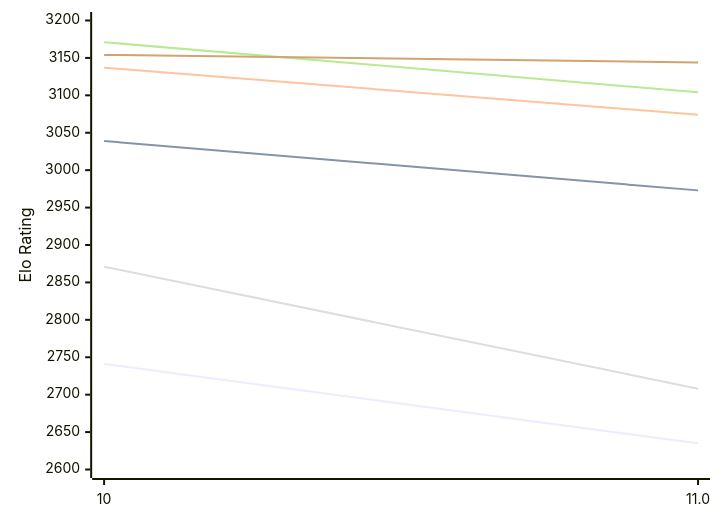
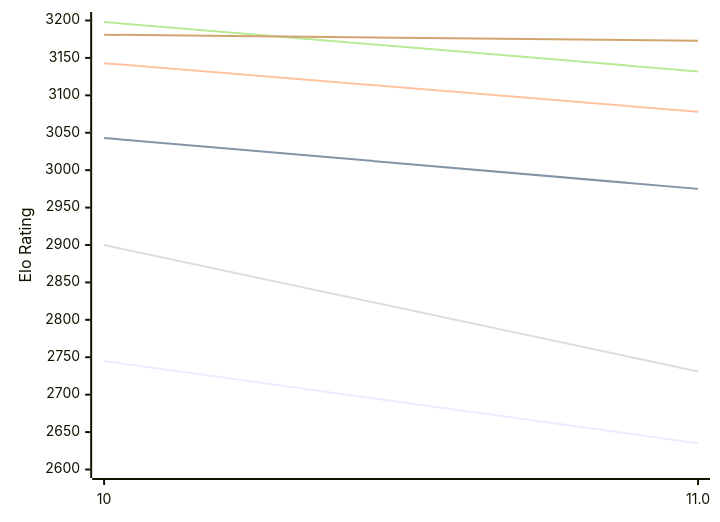
Before and after one commit to computer-chess-index/cci: the first of 2 diagrams in engines/Lozza.md, drawn with Mermaid. The commit also changed other lines of this file, not shown here.

Commit message:
Update CCI Ratings (ELO VLTC) - 2026-10-21

````diff
--- a/engines/Lozza.md
+++ b/engines/Lozza.md
@@ -51,12 +51,12 @@
 ```mermaid
 %%{init: {"theme":"base","themeVariables":{"seriesColors:['#a3a3a3','#222221','#faa371']}}}%%
 xychart-beta
   x-axis ["10", "11.0"]
   y-axis "Elo Rating" 2600 --> 3200
-  line "E1: STC (8.0+0.08s)" [2741, 2635]
-  line "E1: LTC (60.0+0.60s)" [3039, 2973]
-  line "E1: VLTC (2m24s+1.12s)" [3137, 3074]
-  line "P1: STC (8.0+0.08s)" [2871, 2708]
-  line "P1: LTC (60.0+0.60s)" [3171, 3104]
-  line "P1: VLTC (2m24s+1.12s)" [3154, 3144]
+  line "E1: STC (8.0+0.08s)" [2745, 2635]
+  line "E1: LTC (60.0+0.60s)" [3043, 2975]
+  line "E1: VLTC (2m24s+1.12s)" [3143, 3078]
+  line "P1: STC (8.0+0.08s)" [2900, 2731]
+  line "P1: LTC (60.0+0.60s)" [3198, 3132]
+  line "P1: VLTC (2m24s+1.12s)" [3181, 3173]
 ```
````
